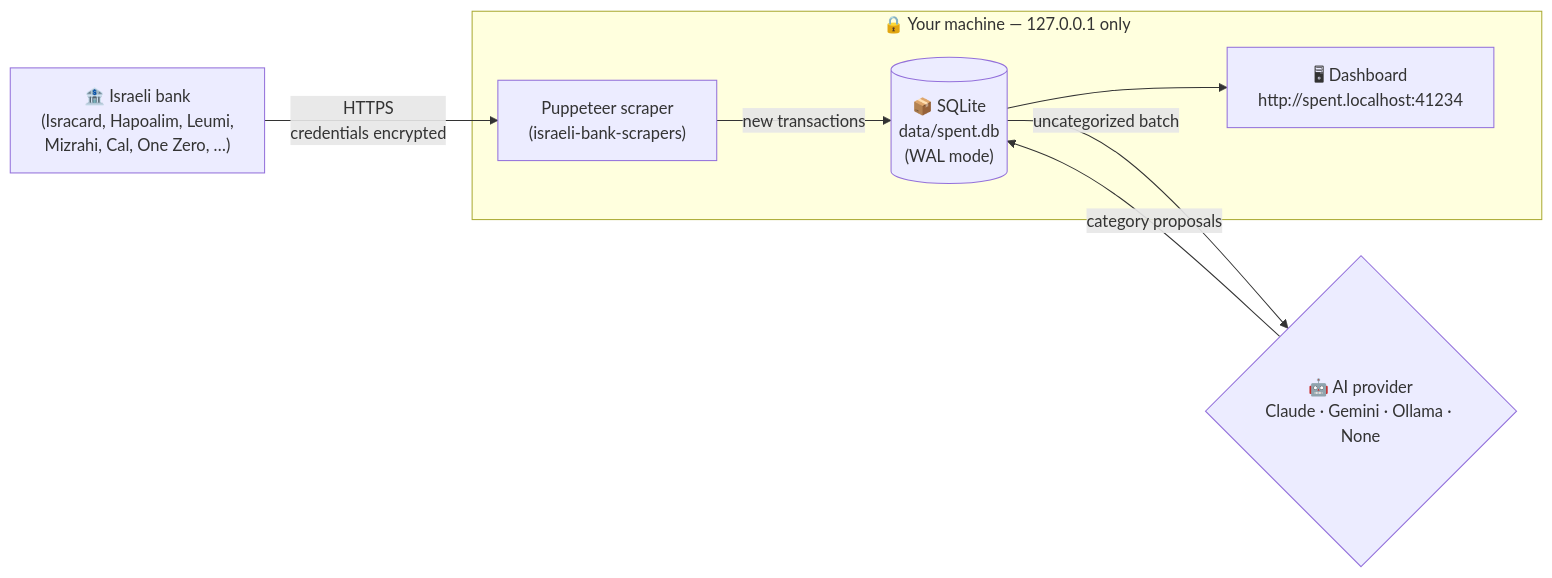
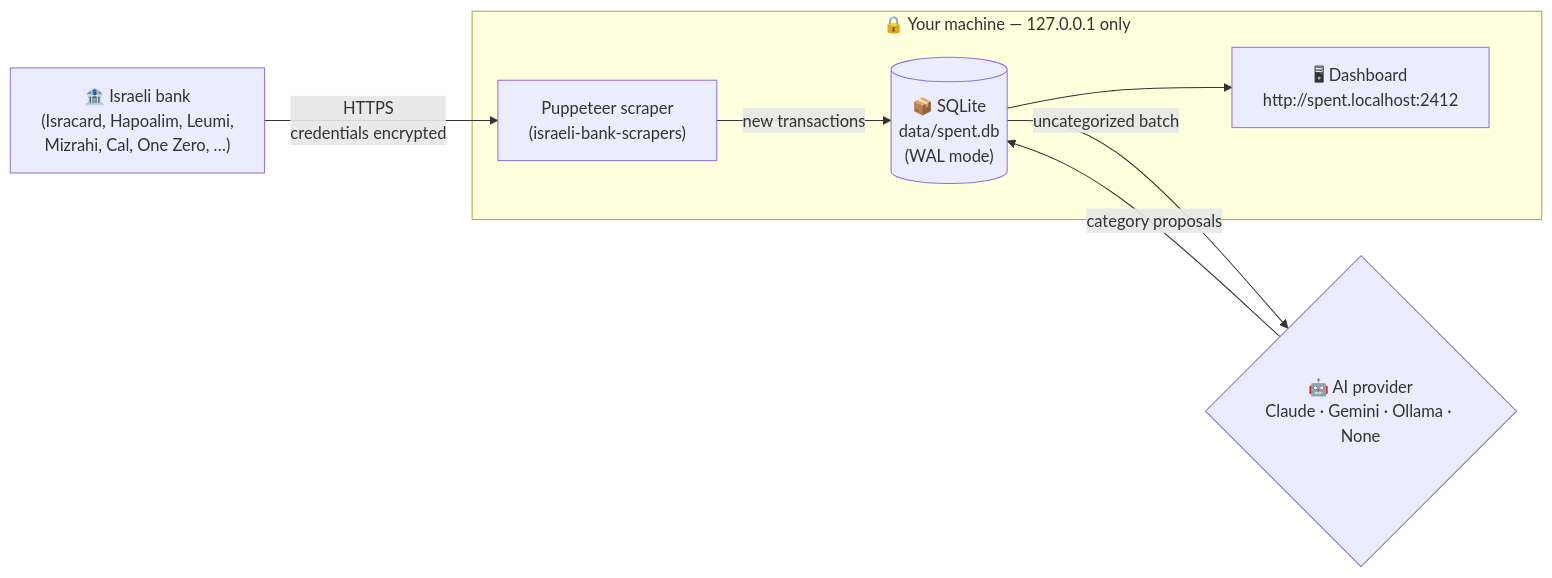
One commit to alon710/Spent changed the diagram in README.md. Above: the diagram before and after it, drawn with Mermaid. The commit also changed other lines of this file and 143 other files, not shown here.

````diff
--- a/README.md
+++ b/README.md
@@ -157,20 +157,20 @@
 ```mermaid
 flowchart LR
     Bank["🏦 Israeli bank<br/>(Isracard, Hapoalim, Leumi,<br/>Mizrahi, Cal, One Zero, …)"]
     Scraper["Puppeteer scraper<br/>(israeli-bank-scrapers)"]
     DB[("📦 SQLite<br/>data/spent.db<br/>(WAL mode)")]
     AI{"🤖 AI provider<br/>Claude · Gemini · Ollama · None"}
-    UI["🖥 Dashboard<br/>http://spent.localhost:41234"]
+    UI["🖥 Dashboard<br/>http://spent.localhost:2412"]
 
     Bank -->|HTTPS<br/>credentials encrypted| Scraper
     Scraper -->|new transactions| DB
     DB -->|uncategorized batch| AI
     AI -->|category proposals| DB
     DB --> UI
 
     subgraph local["🔒 Your machine — 127.0.0.1 only"]
         Scraper
         DB
         UI
     end
 ```
````
